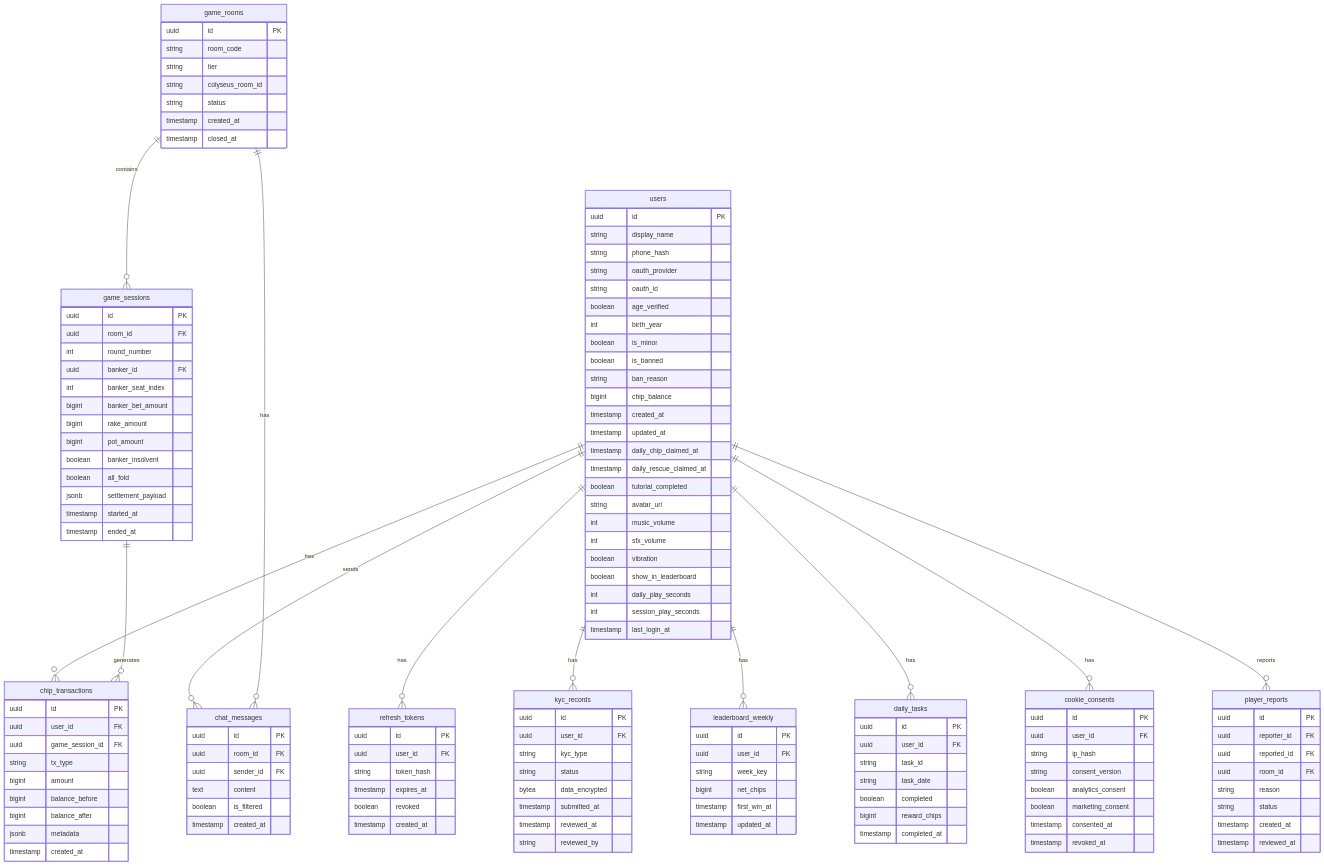
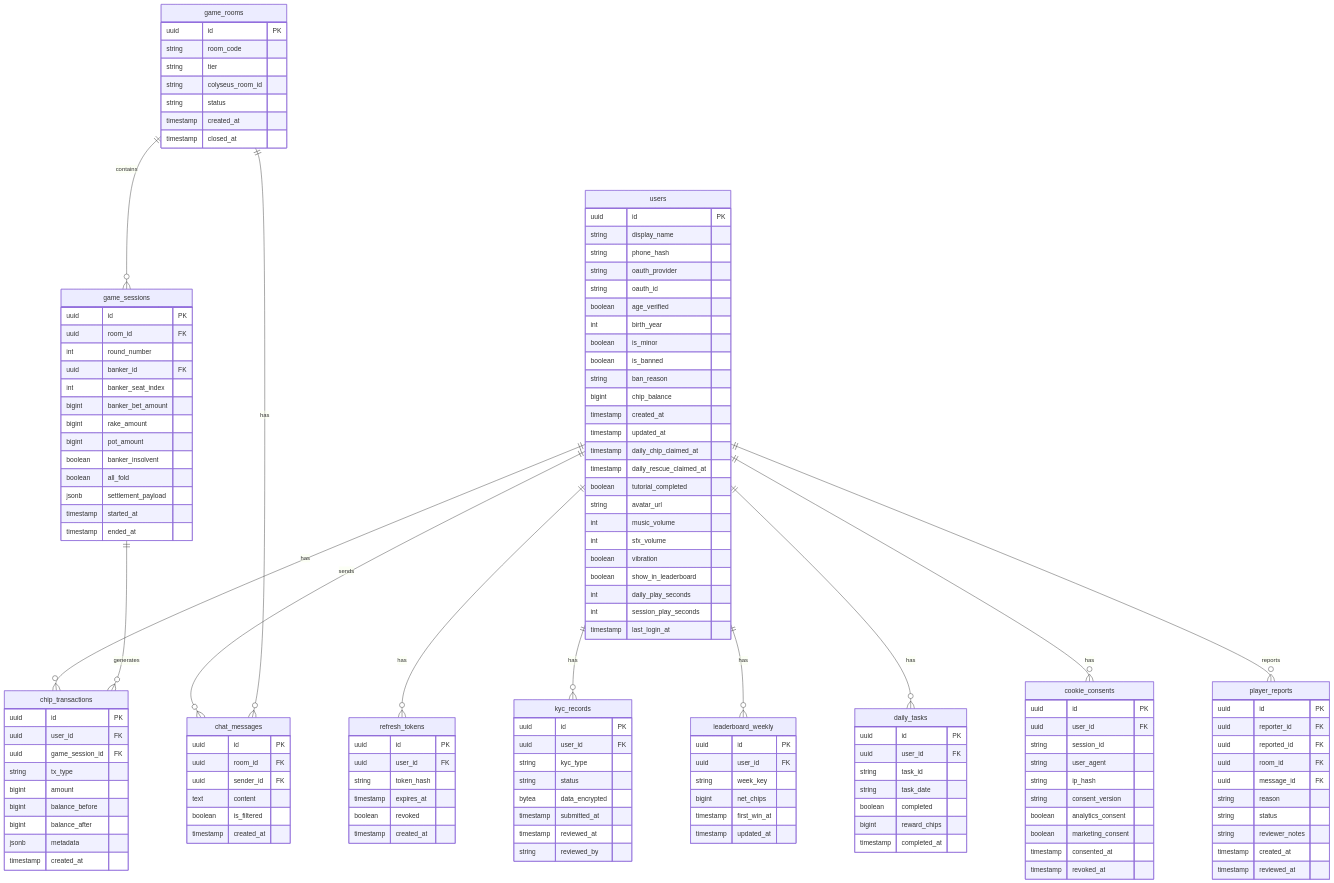
Before and after one commit to ibalasite/sam-gong-game-test: the fourth of 4 diagrams in docs/EDD.md, drawn with Mermaid. The commit also changed other lines of this file, not shown here.

Commit message:
review(devsop)[STEP-08]: Round 7 fix — 12 findings resolved (Tutorial R1 duplicate cards, admin ban path, erDiagram cookie_consents/player_reports, my_session_info WS msg, REQ-017 ref, settled transitions, pgBouncer SERIALIZABLE note, SUIT_RANK, §8 order, 2FA OQ-3, rescue race-condition atomic SQL)

```diff
--- a/docs/EDD.md
+++ b/docs/EDD.md
@@ -1267,6 +1286,8 @@
     cookie_consents {
         uuid id PK
         uuid user_id FK
+        string session_id
+        string user_agent
         string ip_hash
         string consent_version
         boolean analytics_consent
@@ -1289,8 +1310,10 @@
         uuid reporter_id FK
         uuid reported_id FK
         uuid room_id FK
+        uuid message_id FK
         string reason
         string status
+        string reviewer_notes
         timestamp created_at
         timestamp reviewed_at
     }
```
